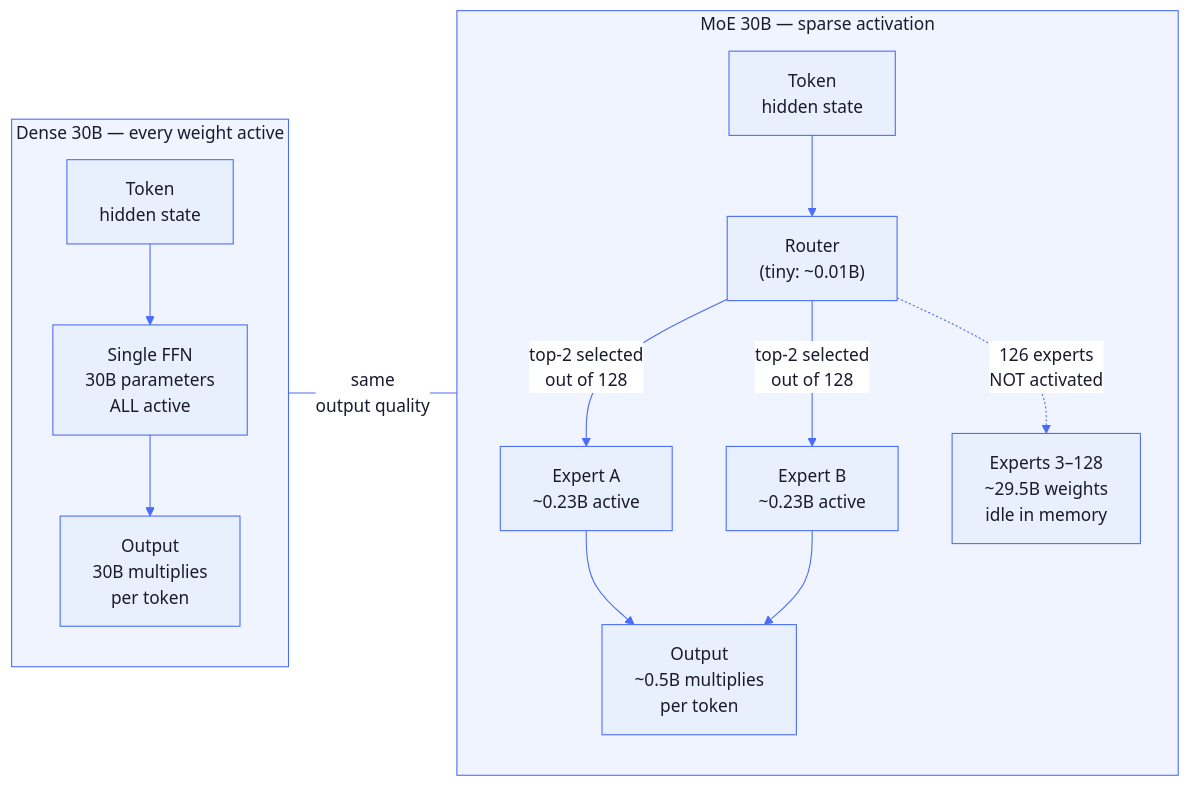
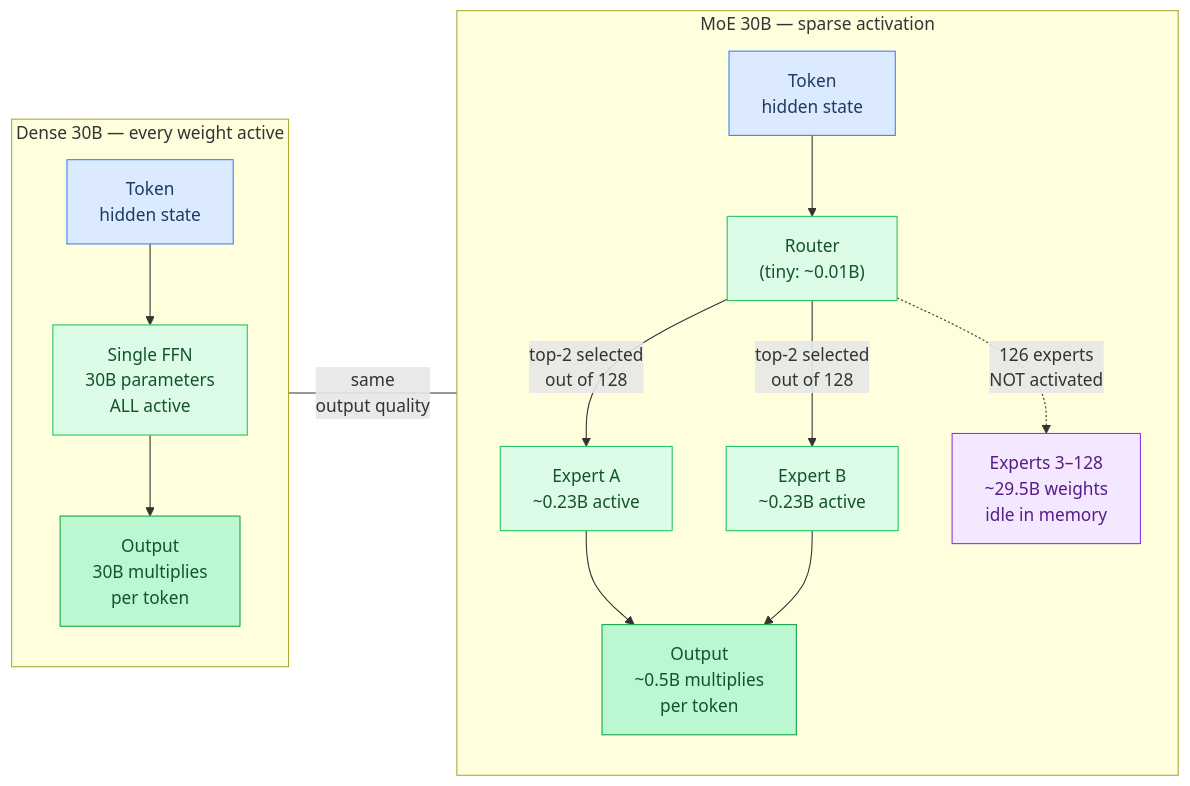
One commit to maci0/agave changed the fourth of 6 diagrams in docs/tutorial/03-feed-forward-networks.md. Above: the diagram before and after it, drawn with Mermaid. The commit also changed other lines of this file and 24 other files, not shown here.

First line of the commit message:
docs: convert all mermaid diagrams to classDef semantic colors

````diff
--- a/docs/tutorial/03-feed-forward-networks.md
+++ b/docs/tutorial/03-feed-forward-networks.md
@@ -185,32 +185,36 @@
 ```mermaid
-%%{init: {'theme': 'base', 'themeVariables': {
-  'primaryColor': '#e8f0fe',
-  'primaryTextColor': '#1a1a2e',
-  'primaryBorderColor': '#4a6cf7',
-  'lineColor': '#4a6cf7',
-  'secondaryColor': '#f0f4ff',
-  'tertiaryColor': '#f8f9ff',
-  'edgeLabelBackground': '#ffffff',
-  'clusterBkg': '#f0f4ff',
-  'clusterBorder': '#4a6cf7',
-  'titleColor': '#1a1a2e',
-  'nodeTextColor': '#1a1a2e',
-  'fontFamily': 'ui-monospace, SFMono-Regular, monospace'
-}}}%%
 flowchart LR
+    classDef setup     fill:#dbeafe,stroke:#3b82f6,color:#1e3a5f
+    classDef sync      fill:#dcfce7,stroke:#22c55e,color:#14532d
+    classDef migration fill:#fef9c3,stroke:#eab308,color:#713f12
+    classDef success   fill:#bbf7d0,stroke:#16a34a,color:#14532d
+    classDef danger    fill:#fee2e2,stroke:#ef4444,color:#7f1d1d
+    classDef optional  fill:#f3e8ff,stroke:#9333ea,color:#581c87
+
     subgraph Dense["Dense 30B — every weight active"]
-        D_in["Token\nhidden state"] --> D_FFN["Single FFN\n30B parameters\nALL active"]
-        D_FFN --> D_out["Output\n30B multiplies\nper token"]
+        D_in["Token\nhidden state"]:::setup
+        D_FFN["Single FFN\n30B parameters\nALL active"]:::sync
+        D_out["Output\n30B multiplies\nper token"]:::success
+
+        D_in --> D_FFN
+        D_FFN --> D_out
     end
 
     subgraph MoE["MoE 30B — sparse activation"]
-        M_in["Token\nhidden state"] --> M_Router["Router\n(tiny: ~0.01B)"]
-        M_Router -->|"top-2 selected\nout of 128"| M_E1["Expert A\n~0.23B active"]
-        M_Router -->|"top-2 selected\nout of 128"| M_E2["Expert B\n~0.23B active"]
-        M_Router -.->|"126 experts\nNOT activated"| M_Idle["Experts 3–128\n~29.5B weights\nidle in memory"]
-        M_E1 --> M_out["Output\n~0.5B multiplies\nper token"]
+        M_in["Token\nhidden state"]:::setup
+        M_Router["Router\n(tiny: ~0.01B)"]:::sync
+        M_E1["Expert A\n~0.23B active"]:::sync
+        M_E2["Expert B\n~0.23B active"]:::sync
+        M_Idle["Experts 3–128\n~29.5B weights\nidle in memory"]:::optional
+        M_out["Output\n~0.5B multiplies\nper token"]:::success
+
+        M_in --> M_Router
+        M_Router -->|"top-2 selected\nout of 128"| M_E1
+        M_Router -->|"top-2 selected\nout of 128"| M_E2
+        M_Router -.->|"126 experts\nNOT activated"| M_Idle
+        M_E1 --> M_out
         M_E2 --> M_out
     end
 
     Dense ---|"same\noutput quality"| MoE
 ```
````
